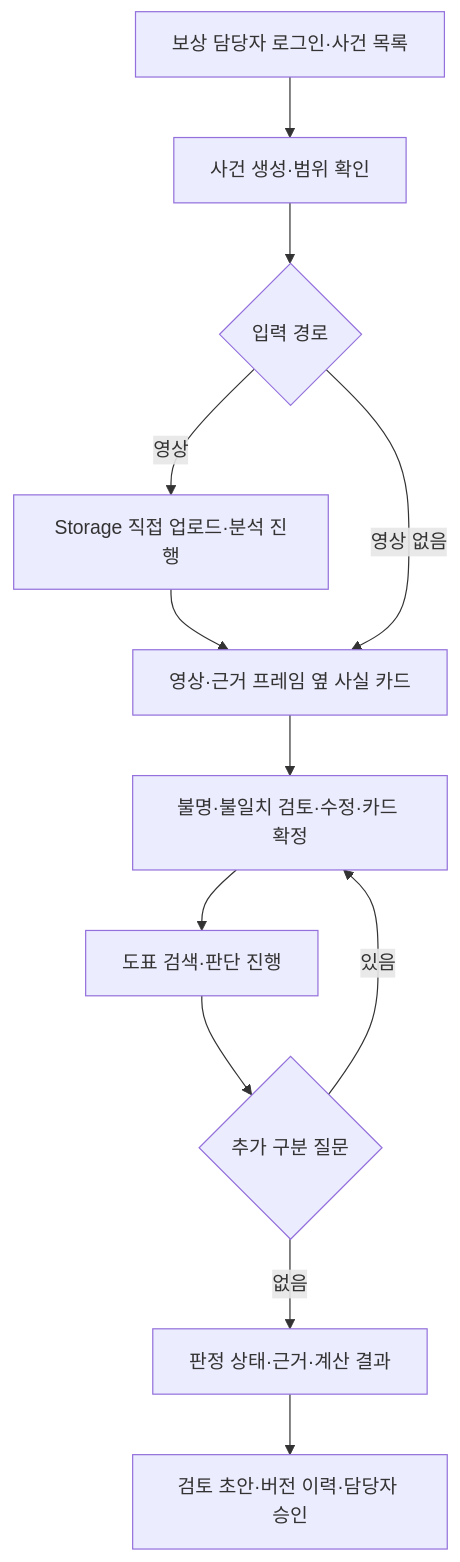
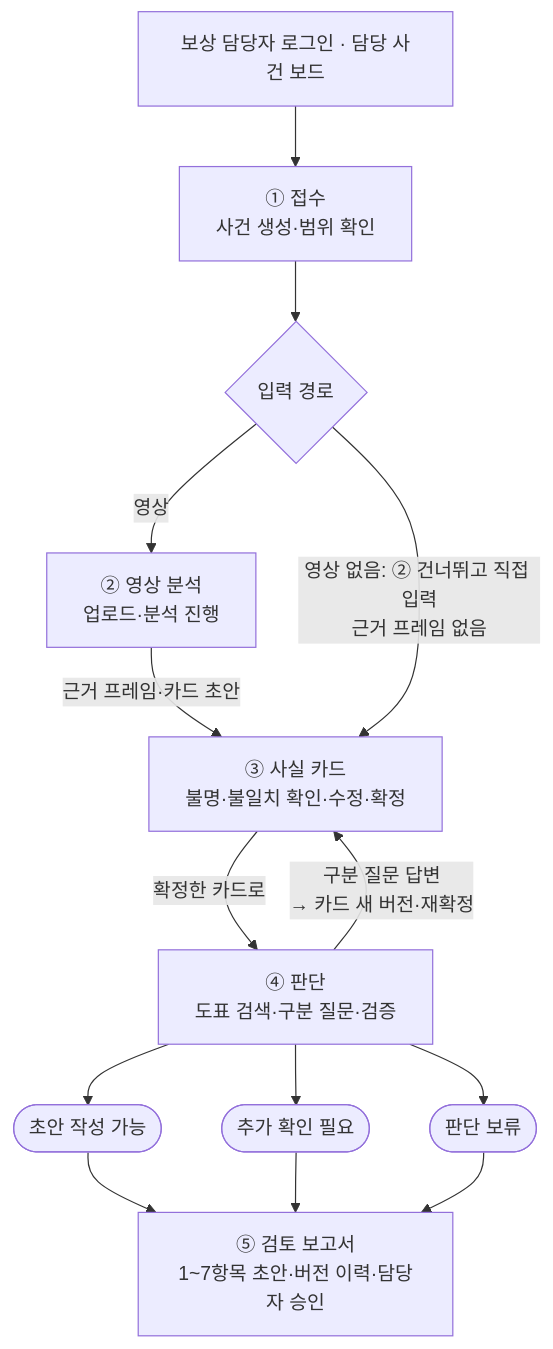
Before and after one commit to Ok-Muncheol/ok-muncheol-fe: the diagram in README.md, drawn with Mermaid. The commit also changed other lines of this file, not shown here.

Commit message:
[DOC] README 사용자 흐름을 보드 5단계 화면 흐름으로 다시 그리고 처리 상세는 BE 흐름에 맡긴다
- 「범위와 사용자 흐름」 mermaid를 담당 사건 보드 5단계(STAGES) 기준 화면 흐름으로 다시 그린다
- 영상 없는 사건 경로를 영상 분석을 건너뛰는 직접 입력(근거 프레임 없음)으로 고친다
- 판정 상태 3종을 화면 표시 이름으로 넣고, 분기·API 경로·판단 그래프 단계는 BE 「선행 MVP 처리 흐름」 링크로 넘긴다
- 「화면·경로 제안」 표에 빠진 /cases/[id]/judgment를 추가한다

````diff
--- a/README.md
+++ b/README.md
@@ -41,14 +41,16 @@
 ```mermaid
 flowchart TD
-    A[보상 담당자 로그인·사건 목록] --> B[사건 생성·범위 확인]
+    A["보상 담당자 로그인 · 담당 사건 보드"] --> B["① 접수<br/>사건 생성·범위 확인"]
     B --> C{입력 경로}
-    C -->|영상| D[Storage 직접 업로드·분석 진행]
-    D --> E[영상·근거 프레임 옆 사실 카드]
-    C -->|영상 없음| E
-    E --> F[불명·불일치 검토·수정·카드 확정]
-    F --> G[도표 검색·판단 진행]
-    G --> H{추가 구분 질문}
-    H -->|있음| F
-    H -->|없음| I[판정 상태·근거·계산 결과]
-    I --> J[검토 초안·버전 이력·담당자 승인]
+    C -->|영상| D["② 영상 분석<br/>업로드·분석 진행"]
+    D -->|"근거 프레임·카드 초안"| E["③ 사실 카드<br/>불명·불일치 확인·수정·확정"]
+    C -->|"영상 없음: ② 건너뛰고 직접 입력<br/>근거 프레임 없음"| E
+    E -->|확정한 카드로| F["④ 판단<br/>도표 검색·구분 질문·검증"]
+    F -->|"구분 질문 답변<br/>→ 카드 새 버전·재확정"| E
+
+    R1(["초안 작성 가능"])
+    R2(["추가 확인 필요"])
+    R3(["판단 보류"])
+    F --> R1 & R2 & R3
+    R1 & R2 & R3 --> G["⑤ 검토 보고서<br/>1~7항목 초안·버전 이력·담당자 승인"]
 ```
````
